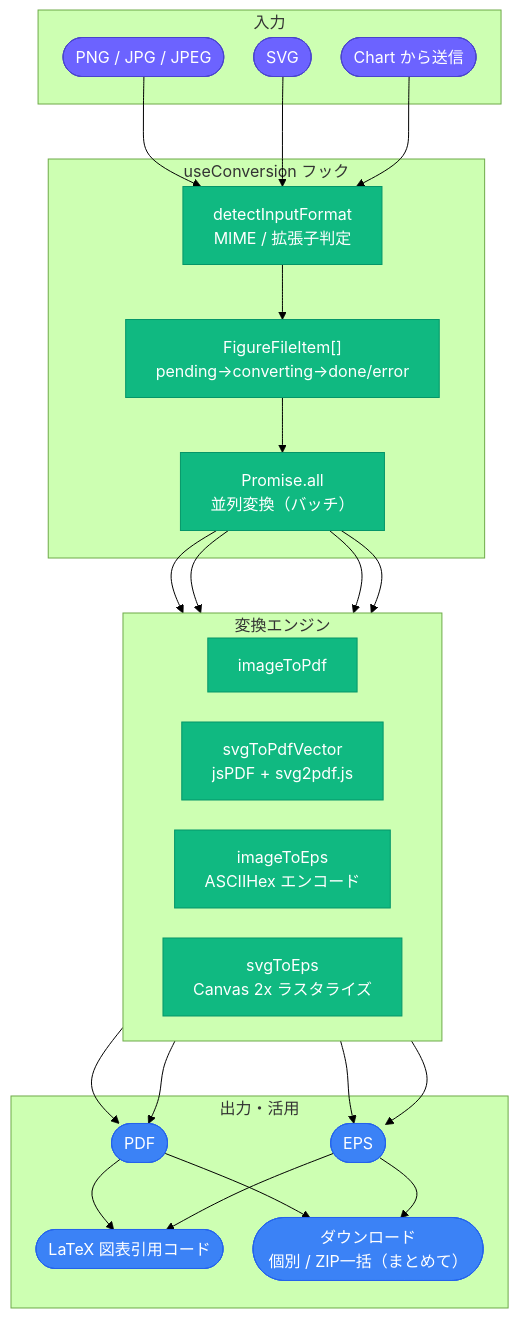
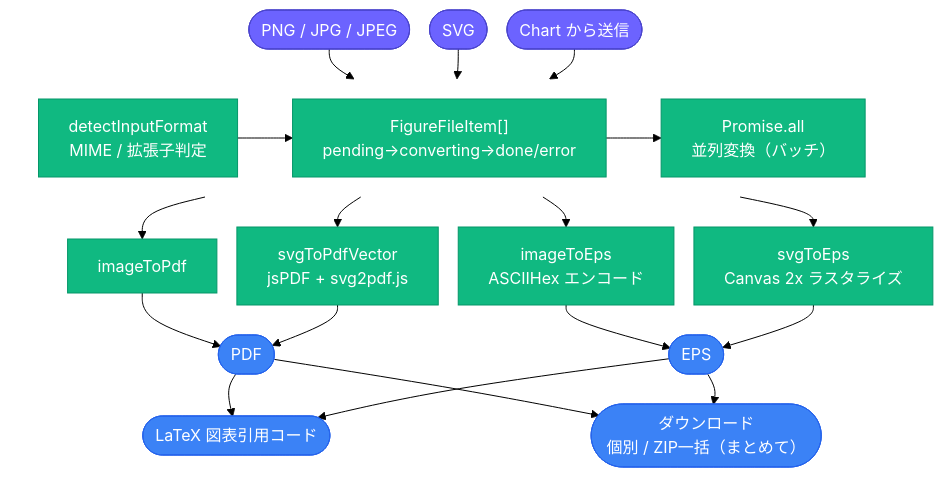
Before and after one commit to Axe0320/latex-research-toolkit: the first of 3 diagrams in docs/architecture/figure-convert.md, drawn with Mermaid (forest theme). The commit also changed other lines of this file and 4 other files, not shown here.

First line of the commit message:
アーキテクチャ図の不要な枠を撤去し縦幅を短縮

````diff
--- a/docs/architecture/figure-convert.md
+++ b/docs/architecture/figure-convert.md
@@ -15,51 +15,46 @@
 ```mermaid
-%%{init: {'flowchart': {'nodeSpacing': 30, 'rankSpacing': 55}}}%%
+%%{init: {'flowchart': {'nodeSpacing': 20, 'rankSpacing': 30}}}%%
 flowchart TD
     classDef input fill:#6C63FF,color:#fff,stroke:#4a44cc
     classDef conv  fill:#10B981,color:#fff,stroke:#059669
     classDef out   fill:#3B82F6,color:#fff,stroke:#2563EB
 
-    subgraph IN["入力"]
-        PNG([PNG / JPG / JPEG]):::input
-        SVG([SVG]):::input
-        CHARTIN(["Chart から送信"]):::input
-    end
+    PNG([PNG / JPG / JPEG]):::input
+    SVG([SVG]):::input
+    CHARTIN(["Chart から送信"]):::input
 
-    subgraph HOOK["useConversion フック"]
+    subgraph HOOK[" "]
+        direction LR
         DET["detectInputFormat<br/>MIME / 拡張子判定"]:::conv
         STATE["FigureFileItem[]<br/>pending→converting→done/error"]:::conv
         PAR["Promise.all<br/>並列変換（バッチ）"]:::conv
         DET --> STATE --> PAR
     end
+    style HOOK fill:transparent,stroke:transparent
 
-    subgraph CONV["変換エンジン"]
-        direction LR
-        P1["imageToPdf"]:::conv
-        P2["svgToPdfVector<br/>jsPDF + svg2pdf.js"]:::conv
-        E1["imageToEps<br/>ASCIIHex エンコード"]:::conv
-        E2["svgToEps<br/>Canvas 2x ラスタライズ"]:::conv
-    end
+    P1["imageToPdf"]:::conv
+    P2["svgToPdfVector<br/>jsPDF + svg2pdf.js"]:::conv
+    E1["imageToEps<br/>ASCIIHex エンコード"]:::conv
+    E2["svgToEps<br/>Canvas 2x ラスタライズ"]:::conv
 
-    subgraph OUT["出力・活用"]
-        PDF([PDF]):::out
-        EPS([EPS]):::out
-        LTX(["LaTeX 図表引用コード"]):::out
-        DL(["ダウンロード<br/>個別 / ZIP一括（まとめて）"]):::out
-    end
+    PDF([PDF]):::out
+    EPS([EPS]):::out
+    LTX(["LaTeX 図表引用コード"]):::out
+    DL(["ダウンロード<br/>個別 / ZIP一括（まとめて）"]):::out
 
     PNG --> DET
     SVG --> DET
     CHARTIN --> DET
     PAR --> P1
     PAR --> P2
     PAR --> E1
     PAR --> E2
     P1 --> PDF
     P2 --> PDF
     E1 --> EPS
     E2 --> EPS
     PDF --> LTX
     PDF --> DL
     EPS --> LTX
     EPS --> DL
 ```
````
